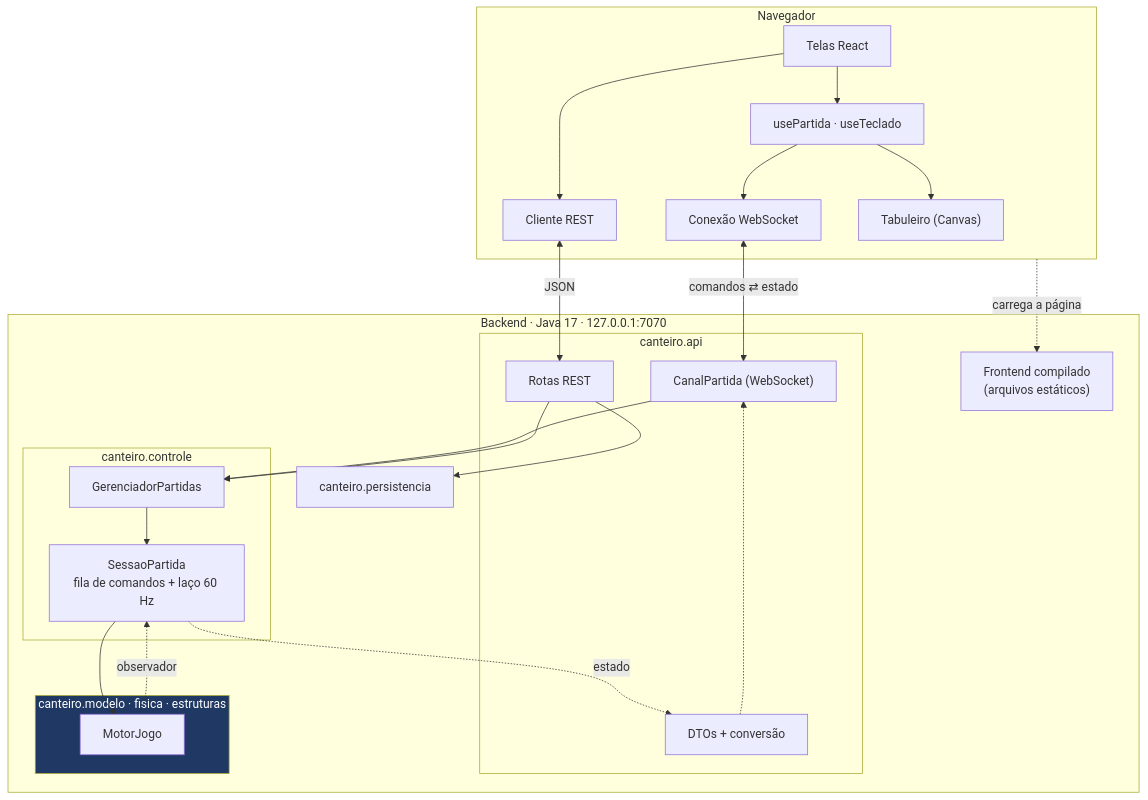
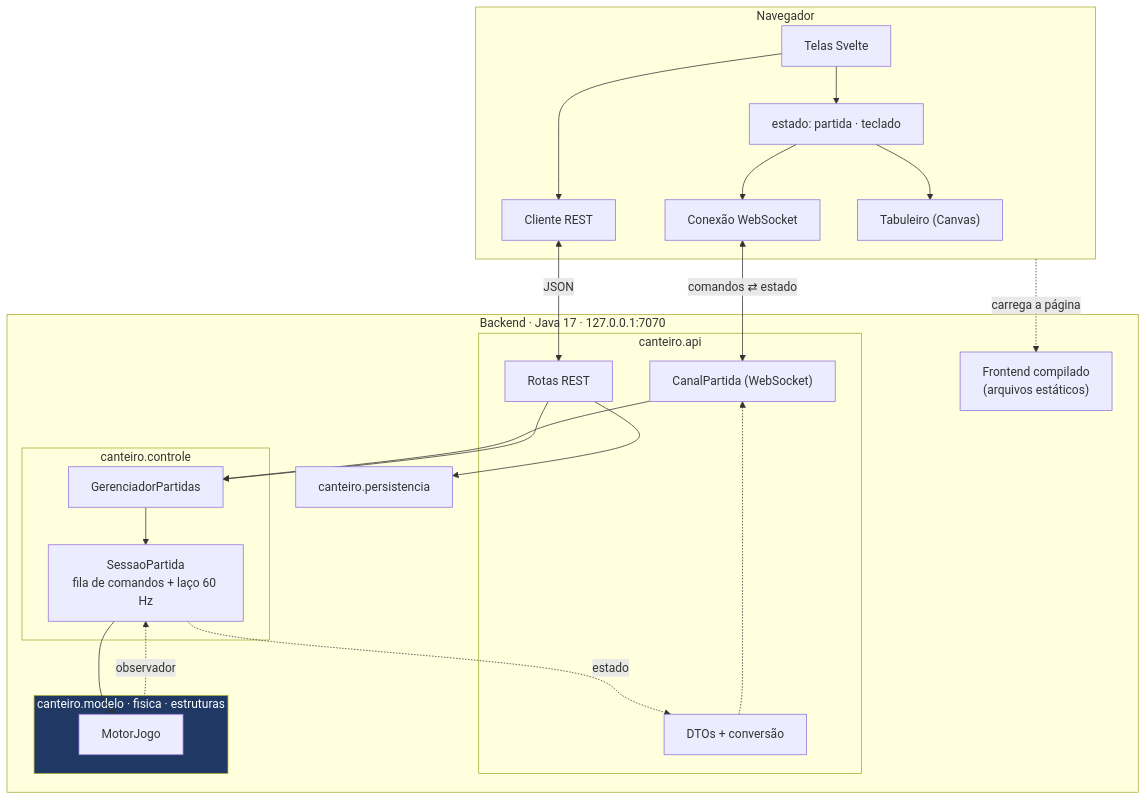
The seventh of 7 diagrams in docs/ESPECIFICACAO.md (mateus-vitor-ferreira-dev/canteiro), drawn with Mermaid before and after one commit. The commit also changed other lines of this file and 4 other files, not shown here.

````diff
--- a/docs/ESPECIFICACAO.md
+++ b/docs/ESPECIFICACAO.md
@@ -584,37 +587,37 @@
 ```mermaid
 flowchart TB
     subgraph NAV["Navegador"]
-        TELAS["Telas React"] --> HOOKS["usePartida · useTeclado"]
-        HOOKS --> WS_C["Conexão WebSocket"]
+        TELAS["Telas Svelte"] --> ESTADO["estado: partida · teclado"]
+        ESTADO --> WS_C["Conexão WebSocket"]
         TELAS --> REST_C["Cliente REST"]
-        HOOKS --> CANVAS["Tabuleiro (Canvas)"]
+        ESTADO --> CANVAS["Tabuleiro (Canvas)"]
     end
 
     subgraph JVM["Backend · Java 17 · 127.0.0.1:7070"]
         subgraph API["canteiro.api"]
             ROTAS["Rotas REST"]
             CANAL["CanalPartida (WebSocket)"]
             DTO["DTOs + conversão"]
         end
         subgraph CTRL["canteiro.controle"]
             GER["GerenciadorPartidas"]
             SES["SessaoPartida<br/>fila de comandos + laço 60 Hz"]
         end
         subgraph MOD["canteiro.modelo · fisica · estruturas"]
             MOTOR["MotorJogo"]
         end
         PERS["canteiro.persistencia"]
         STATIC["Frontend compilado<br/>(arquivos estáticos)"]
     end
 
     WS_C <-- "comandos ⇄ estado" --> CANAL
     REST_C <-- "JSON" --> ROTAS
     CANAL --> GER --> SES --> MOTOR
     MOTOR -. "observador" .-> SES
     SES -. "estado" .-> DTO -.-> CANAL
     ROTAS --> PERS
     ROTAS --> GER
     NAV -. "carrega a página" .-> STATIC
 
     style MOD fill:#1F3864,color:#fff
 ```
````
